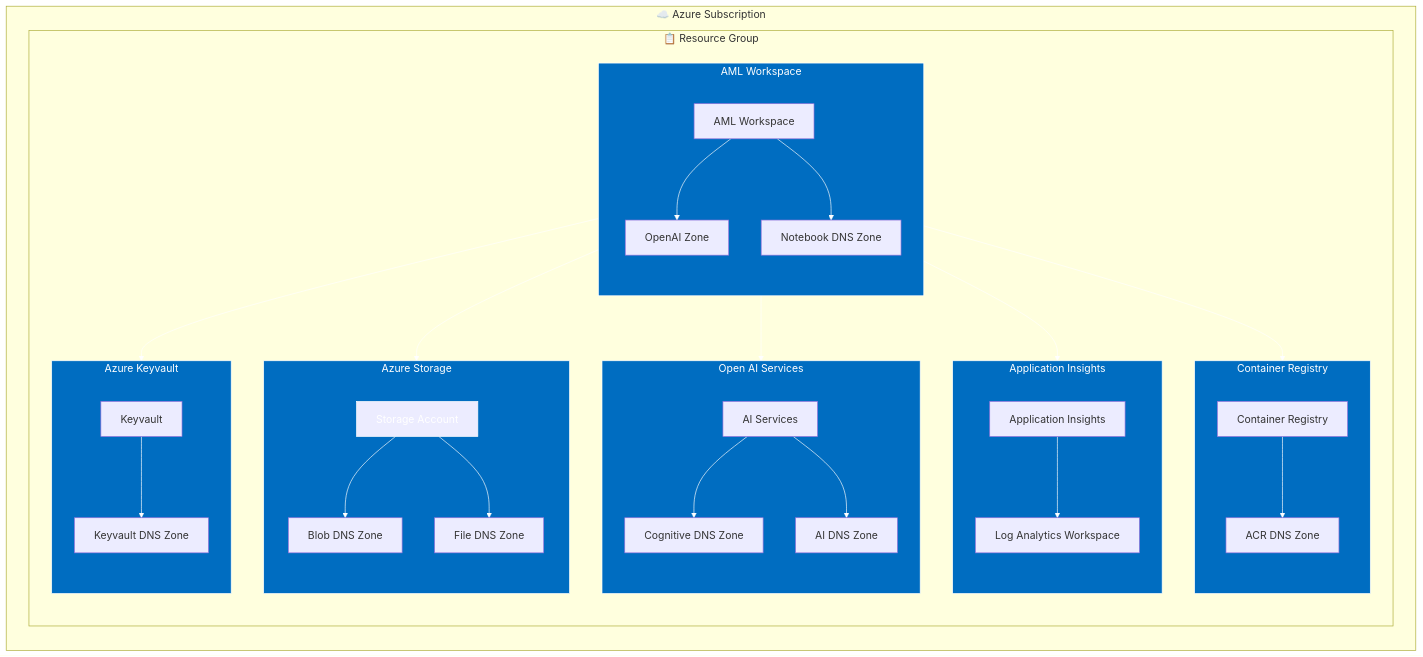
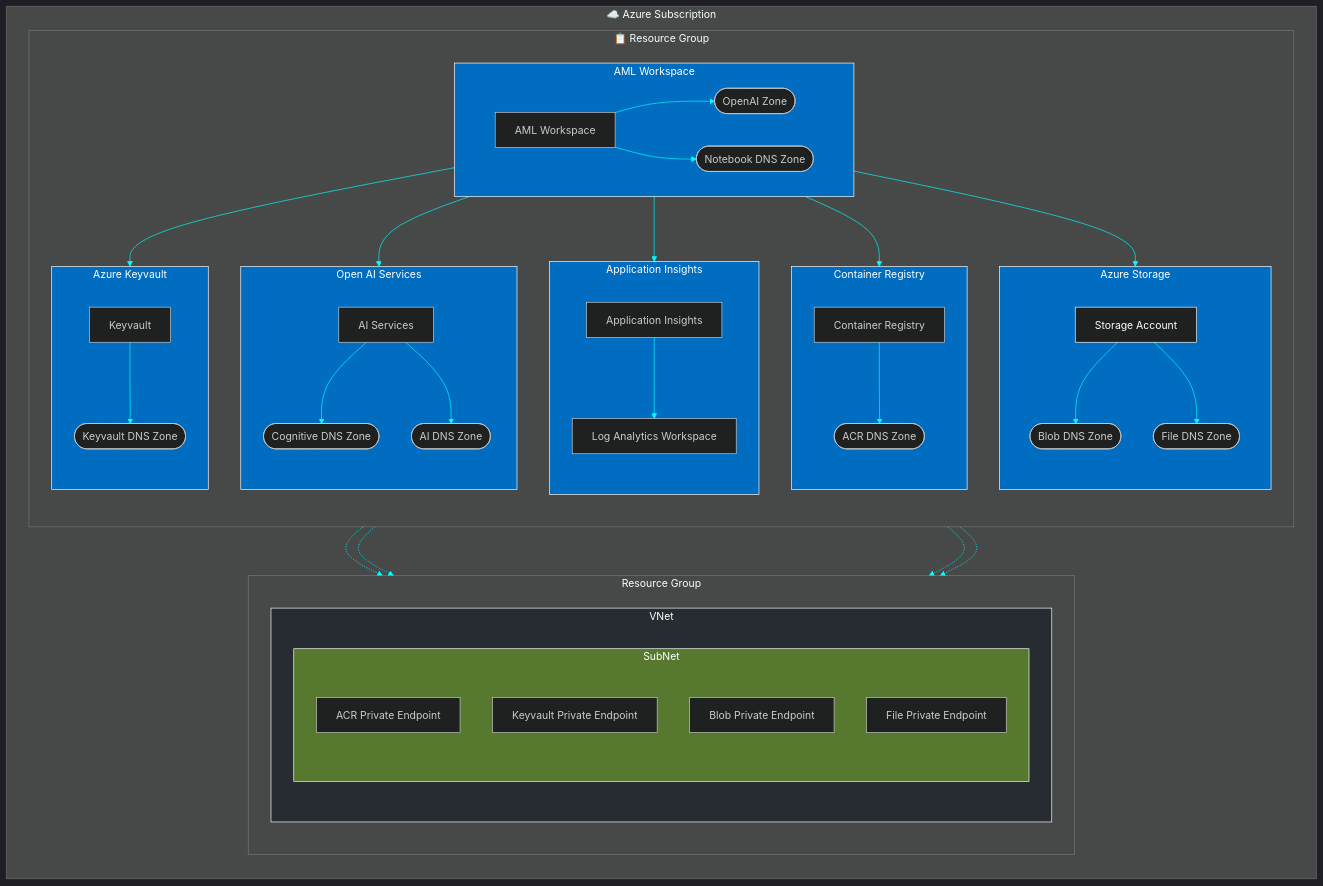
One commit to pinakighatak/Damen-AzureML changed the diagram in README.md. Above: the diagram before and after it, drawn with Mermaid. The commit also changed other lines of this file, not shown here.

Commit message:
Mermaid chart modified

````diff
--- a/README.md
+++ b/README.md
@@ -61,64 +61,98 @@
 ```mermaid
+%%{
+  init: {
+    'theme': 'dark',
+    'themeVariables': {
+      'primaryColor': '#BB2528',
+      'primaryTextColor': '#fff',
+      'primaryBorderColor': '#fff',
+      'lineColor': '#00ffff',
+      'secondaryColor': '#006100',
+      'tertiaryColor': '#fff'
+    }
+  }
+}%%
 graph TD
-    subgraph AzureSubscription["☁️ Azure Subscription"]
+subgraph AzureSubscription["☁️ Azure Subscription"]
+    direction TB
+    subgraph ResourceGroup ["📋 Resource Group"]
         direction TB
-        subgraph ResourceGroup ["📋 Resource Group"]
+        subgraph AMLWorkspace ["AML Workspace"]
+            direction LR
+            ModuleAMWW["AML Workspace"]
+            AMLSOAIDNSZONE(["OpenAI Zone"])
+            AMLNBDNSZONE(["Notebook DNS Zone"])
+            ModuleAMWW --> AMLSOAIDNSZONE
+            ModuleAMWW --> AMLNBDNSZONE
+        end    
+        subgraph AppInsights["Application Insights"]
             direction TB
-            subgraph AMLWorkspace ["AML Workspace"]
-                direction TB
-                ModuleAMWW["AML Workspace"]
-                AMLSOAIDNSZONE["OpenAI Zone"]
-                AMLNBDNSZONE["Notebook DNS Zone"]
-                ModuleAMWW --> AMLSOAIDNSZONE
-                ModuleAMWW --> AMLNBDNSZONE
-            end    
-            subgraph Storage["Azure Storage"]
-                direction TB
-                ModuleStorage["Storage Account"]
-                STABlobDNSZONE["Blob DNS Zone"]
-                STAFileDNSZONE["File DNS Zone"]
-                ModuleStorage --> STABlobDNSZONE
-                ModuleStorage --> STAFileDNSZONE
-            end    
-            subgraph AIServices["Open AI Services"]
-                direction TB
-                ModuleAIServices["AI Services"]
-                CogDNSZONE["Cognitive DNS Zone"]
-                AIDNSZONE["AI DNS Zone"]
-                ModuleAIServices --> CogDNSZONE
-                ModuleAIServices --> AIDNSZONE
+            AInsights["Application Insights"]
+            LAW["Log Analytics Workspace"]
+            AInsights --> LAW
+        end    
+        subgraph Storage["Azure Storage"]
+            direction TB
+            ModuleStorage["Storage Account"]
+            STABlobDNSZONE(["Blob DNS Zone"])
+            STAFileDNSZONE(["File DNS Zone"])
+            ModuleStorage --> STABlobDNSZONE
+            ModuleStorage --> STAFileDNSZONE
+        end    
+        subgraph AIServices["Open AI Services"]
+            direction TB
+            ModuleAIServices["AI Services"]
+            CogDNSZONE(["Cognitive DNS Zone"])
+            AIDNSZONE(["AI DNS Zone"])
+            ModuleAIServices --> CogDNSZONE
+            ModuleAIServices --> AIDNSZONE
+        end
+        subgraph ACR["Container Registry"]
+            direction TB
+            CR["Container Registry"]
+            ACRDNS(["ACR DNS Zone"])
+            CR --> ACRDNS
+        end    
+        subgraph Keyvault["Azure Keyvault"]
+            direction TB
+            AKV["Keyvault"]
+            AKVDNS(["Keyvault DNS Zone"])
+            AKV --> AKVDNS
+        end    
+    end
+    subgraph NetworkResourceGroup ["Resource Group"]
+        direction TB
+        subgraph VNET ["VNet"]
+            direction TB
+            subgraph ExistingSubNet["SubNet"]
+            direction TB
+                PEPRegistry["ACR Private Endpoint"]
+                PEPVault["Keyvault Private Endpoint"]
+                PEPBlob["Blob Private Endpoint"]
+                PEPFile["File Private Endpoint"]
             end
-            subgraph AppInsights["Application Insights"]
-                direction TB
-                AInsights["Application Insights"]
-                LAW["Log Analytics Workspace"]
-                AInsights --> LAW
-            end    
-            subgraph ACR["Container Registry"]
-                direction TB
-                CR["Container Registry"]
-                ACRDNS["ACR DNS Zone"]
-                CR --> ACRDNS
-            end    
-            subgraph Keyvault["Azure Keyvault"]
-                direction TB
-                AKV["Keyvault"]
-                AKVDNS["Keyvault DNS Zone"]
-                AKV --> AKVDNS
-            end    
-        end
+
+        end    
     end
-    AMLWorkspace --> Storage
-    AMLWorkspace --> AIServices
-    AMLWorkspace --> AppInsights
-    AMLWorkspace --> ACR
-    AMLWorkspace --> Keyvault
-    style AMLWorkspace fill:#006DC1,stroke:#fff,stroke-width:1px,color:#fff
-    style Storage fill:#006DC1,stroke:#fff,stroke-width:1px,color:#fff
-    style AIServices fill:#006DC1,stroke:#fff,color:#fff
-    style AppInsights fill:#006DC1,stroke:#fff,color:#fff
-    style ACR fill:#006DC1,stroke:#fff,color:#fff
-    style Keyvault fill:#006DC1,stroke:#fff,color:#fff
-    style ModuleStorage stroke:#fff,color:#fff
-    linkStyle default stroke:#fff
+end
+
+AMLWorkspace --> Storage
+AMLWorkspace --> AIServices
+AMLWorkspace --> AppInsights
+AMLWorkspace --> ACR
+AMLWorkspace --> Keyvault
+STABlobDNSZONE -.-> PEPBlob
+STAFileDNSZONE -.-> PEPFile
+ACRDNS -.-> PEPRegistry
+AKVDNS -.->PEPVault
+style AMLWorkspace fill:#006DC1,stroke:#fff,stroke-width:1px,color:#fff
+style Storage fill:#006DC1,stroke:#fff,stroke-width:1px,color:#fff
+style AIServices fill:#006DC1,stroke:#fff,color:#fff
+style AppInsights fill:#006DC1,stroke:#fff,color:#fff
+style ACR fill:#006DC1,stroke:#fff,color:#fff
+style Keyvault fill:#006DC1,stroke:#fff,color:#fff
+style VNET fill:#272B32,stroke:#fff,color:#fff
+style ExistingSubNet fill:#57792F,stroke:#fff,color:#fff
+style ModuleStorage stroke:#fff,color:#fff
+
 ```
````
